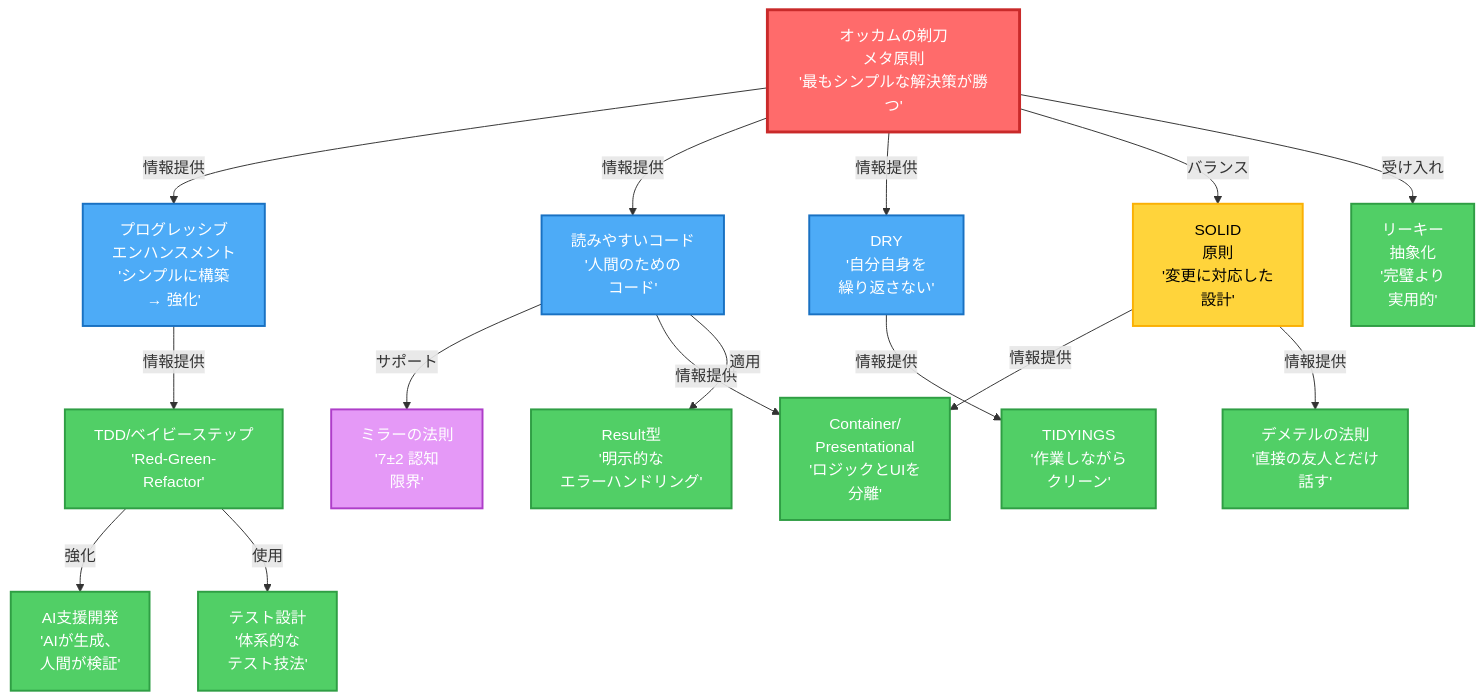
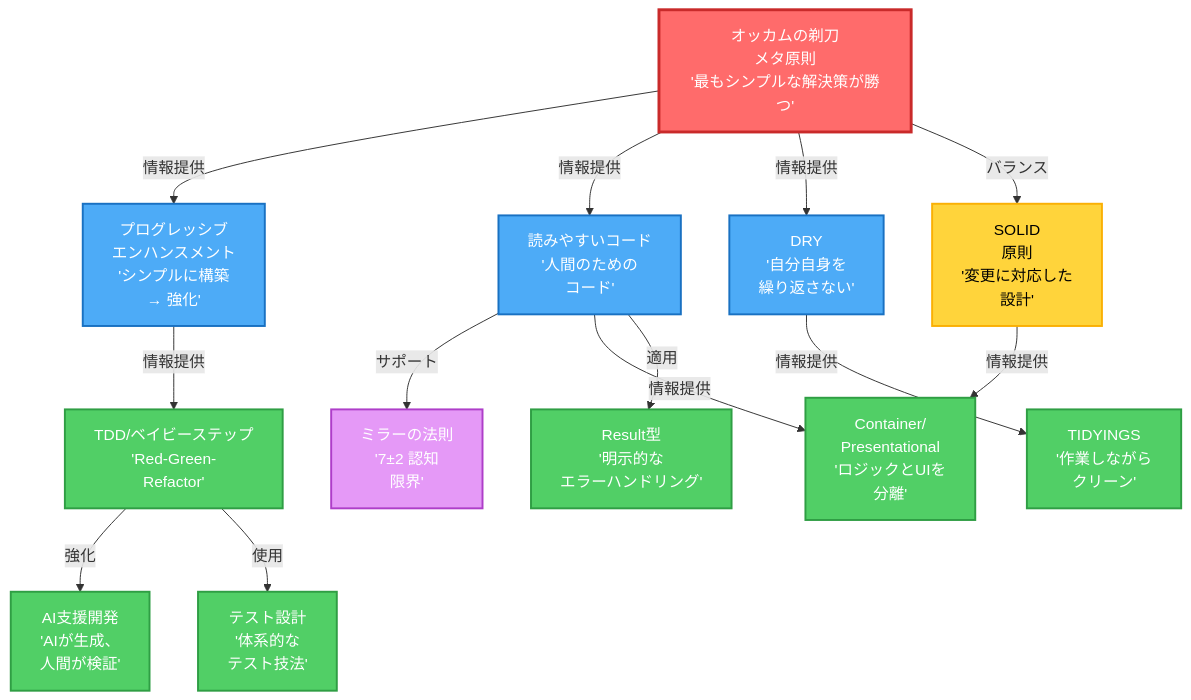
Before and after one commit to thkt/dotclaude: the diagram in .ja/rules/PRINCIPLE_RELATIONSHIPS.md, drawn with Mermaid. The commit also changed other lines of this file and 17 other files, not shown here.

````diff
--- a/.ja/rules/PRINCIPLE_RELATIONSHIPS.md
+++ b/.ja/rules/PRINCIPLE_RELATIONSHIPS.md
@@ -7,51 +7,47 @@
 ```mermaid
 graph TD
     %% メタ原則を最上部に
     OR[オッカムの剃刀<br/>メタ原則<br/>'最もシンプルな解決策が勝つ']
 
     %% レベル1: 普遍的原則
     OR -->|情報提供| PE[プログレッシブ<br/>エンハンスメント<br/>'シンプルに構築<br/>→ 強化']
     OR -->|情報提供| RC[読みやすいコード<br/>'人間のための<br/>コード']
     OR -->|情報提供| DRY[DRY<br/>'自分自身を<br/>繰り返さない']
 
     %% 読みやすいコードをサポートする原則
     RC -->|サポート| ML[ミラーの法則<br/>'7±2 認知<br/>限界']
 
     %% レベル2: 適用されるプラクティス（プログレッシブエンハンスメントから）
     PE -->|情報提供| TDD[TDD/ベイビーステップ<br/>'Red-Green-<br/>Refactor']
 
     %% レベル2: 適用されるプラクティス（読みやすいコード & DRYから）
     RC -->|情報提供| CP[Container/<br/>Presentational<br/>'ロジックとUIを<br/>分離']
     DRY -->|情報提供| TIDY[TIDYINGS<br/>'作業しながら<br/>クリーン']
 
     %% SOLIDを別のティアとして
     SOLID[SOLID<br/>原則<br/>'変更に対応した<br/>設計']
     OR -->|バランス| SOLID
     SOLID -->|情報提供| CP
-    SOLID -->|情報提供| LOD[デメテルの法則<br/>'直接の友人とだけ<br/>話す']
-
-    %% リーキー抽象化
-    OR -->|受け入れ| LA[リーキー<br/>抽象化<br/>'完璧より<br/>実用的']
 
     %% AI支援開発
     TDD -->|強化| AI[AI支援開発<br/>'AIが生成、<br/>人間が検証']
 
     %% テスト設計（TDDから）
     TDD -->|使用| TD[テスト設計<br/>'体系的な<br/>テスト技法']
 
     %% Result型（読みやすいコードから）
     RC -->|適用| RT[Result型<br/>'明示的な<br/>エラーハンドリング']
 
     %% 異なる原則タイプのスタイリング
     classDef metaPrinciple fill:#ff6b6b,stroke:#c92a2a,stroke-width:3px,color:#fff
     classDef universalPrinciple fill:#4dabf7,stroke:#1971c2,stroke-width:2px,color:#fff
     classDef appliedPractice fill:#51cf66,stroke:#2f9e44,stroke-width:2px,color:#fff
     classDef contextual fill:#ffd43b,stroke:#fab005,stroke-width:2px,color:#000
     classDef scientific fill:#e599f7,stroke:#ae3ec9,stroke-width:2px,color:#fff
 
     class OR metaPrinciple
     class PE,RC,DRY universalPrinciple
-    class TDD,CP,TIDY,LOD,LA,AI,TD,RT appliedPractice
+    class TDD,CP,TIDY,AI,TD,RT appliedPractice
     class SOLID contextual
     class ML scientific
 ```
````
